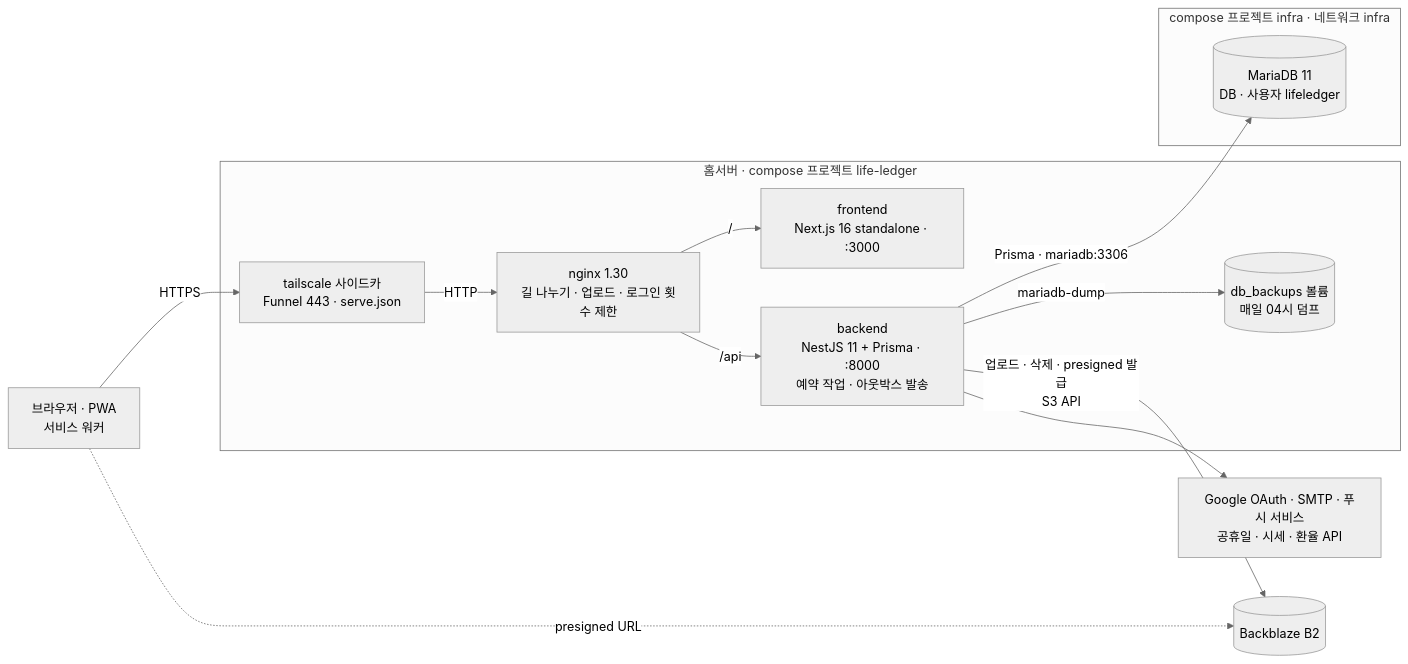
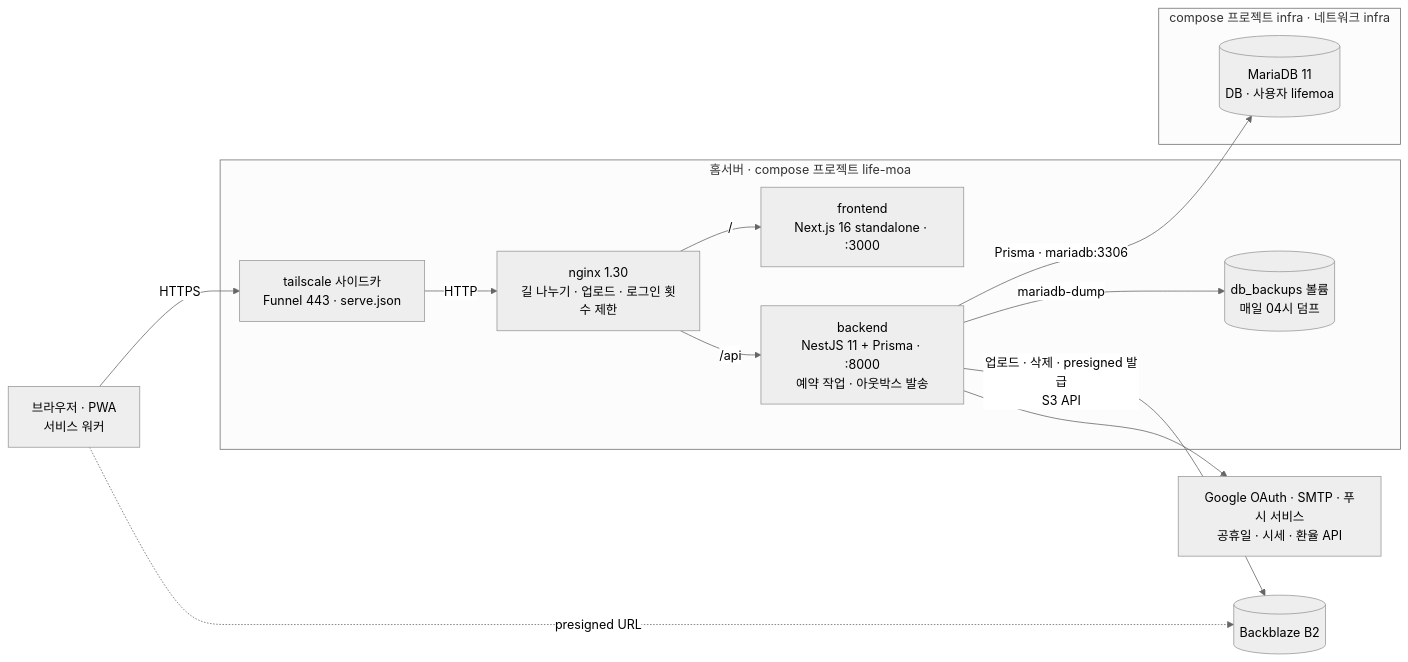
The second of 2 diagrams in docs/architecture.md (leejinyoung-kr/life-ledger), drawn with Mermaid (neutral theme) before and after one commit. The commit also changed other lines of this file and 41 other files, not shown here.

First line of the commit message:
[chore] 이름 변경 — life-ledger → life-moa (생활모아)

````diff
--- a/docs/architecture.md
+++ b/docs/architecture.md
@@ -67,29 +67,29 @@
 ```mermaid
 flowchart LR
   browser[브라우저 · PWA<br/>서비스 워커]
 
-  subgraph home[홈서버 · compose 프로젝트 life-ledger]
+  subgraph home[홈서버 · compose 프로젝트 life-moa]
     ts[tailscale 사이드카<br/>Funnel 443 · serve.json]
     ng[nginx 1.30<br/>길 나누기 · 업로드 · 로그인 횟수 제한]
     fe[frontend<br/>Next.js 16 standalone · :3000]
     be[backend<br/>NestJS 11 + Prisma · :8000<br/>예약 작업 · 아웃박스 발송]
     vol[(db_backups 볼륨<br/>매일 04시 덤프)]
   end
 
   subgraph infra[compose 프로젝트 infra · 네트워크 infra]
-    db[(MariaDB 11<br/>DB · 사용자 lifeledger)]
+    db[(MariaDB 11<br/>DB · 사용자 lifemoa)]
   end
 
   b2[(Backblaze B2)]
   ext[Google OAuth · SMTP · 푸시 서비스<br/>공휴일 · 시세 · 환율 API]
 
   browser -->|HTTPS| ts
   ts -->|HTTP| ng
   ng -->|"/"| fe
   ng -->|"/api"| be
   be -->|Prisma · mariadb:3306| db
   be -->|mariadb-dump| vol
   be -->|업로드 · 삭제 · presigned 발급<br/>S3 API| b2
   browser -.->|presigned URL| b2
   be --> ext
 ```
````
